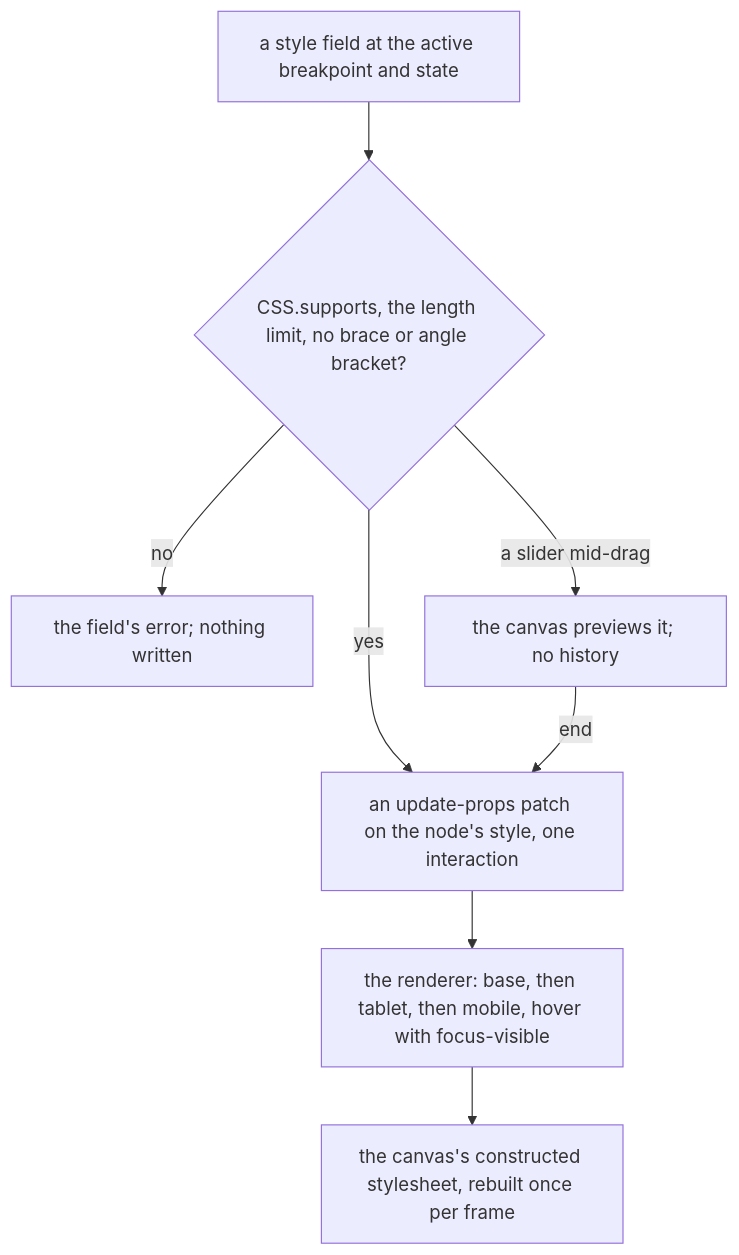
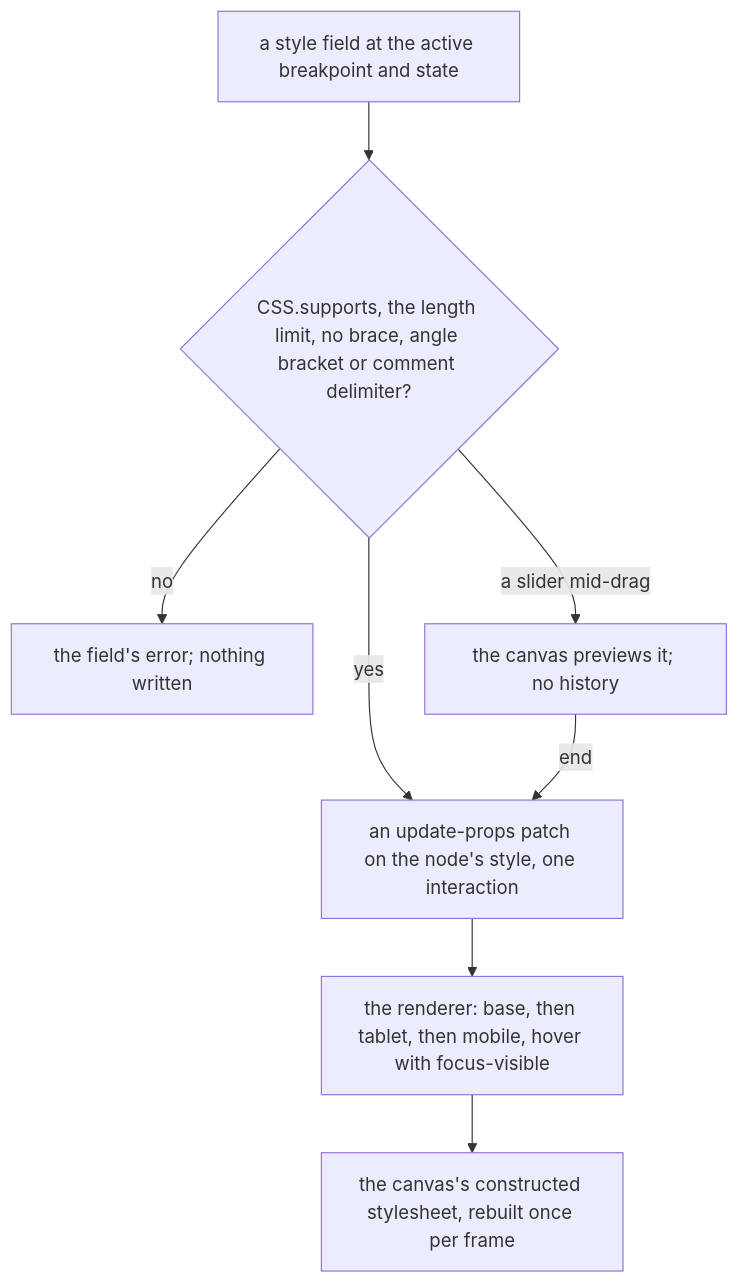
One commit to Esposter/Esposter changed the diagram in openspec/changes/resource-page-builder-style-panel/design.md. Above: the diagram before and after it, drawn with Mermaid. The commit also changed other lines of this file, not shown here.

Commit message:
docs(openspec): name comment delimiters in the style value check
The style panel design listed braces and angle brackets as the values
the schema refuses, but styleValueSchema also refuses comment delimiters.
Name them in the flow diagram and in the prose beside it.

````diff
--- a/openspec/changes/resource-page-builder-style-panel/design.md
+++ b/openspec/changes/resource-page-builder-style-panel/design.md
@@ -18,10 +18,10 @@
 ```mermaid
 flowchart TD
-  FIELD["a style field at the active breakpoint and state"] --> CHECK{"CSS.supports, the length limit, no brace or angle bracket?"}
+  FIELD["a style field at the active breakpoint and state"] --> CHECK{"CSS.supports, the length limit, no brace, angle bracket or comment delimiter?"}
   CHECK -->|no| ERR["the field's error; nothing written"]
   CHECK -->|"a slider mid-drag"| PREVIEW["the canvas previews it; no history"]
   CHECK -->|yes| PATCH["an update-props patch on the node's style, one interaction"]
   PREVIEW -->|"end"| PATCH
   PATCH --> EMIT["the renderer: base, then tablet, then mobile, hover with focus-visible"]
   EMIT --> SHEET["the canvas's constructed stylesheet, rebuilt once per frame"]
 ```
````
